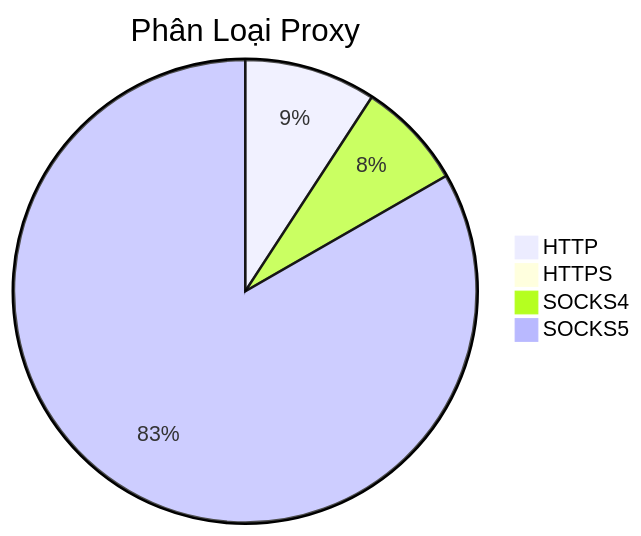
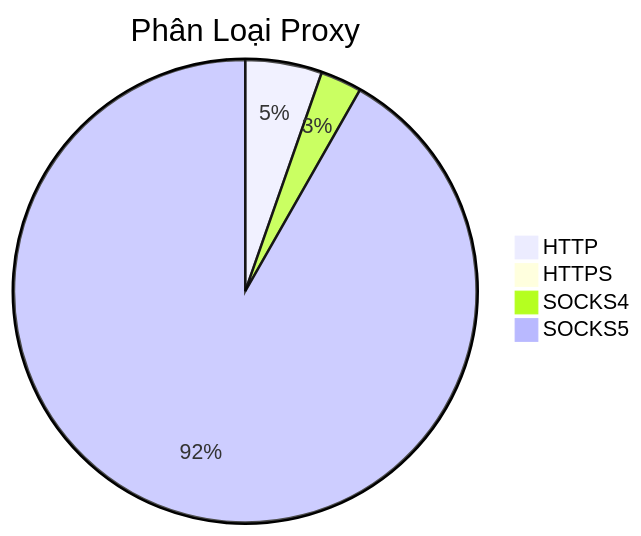
Before and after one commit to Ciara-Aa/PROXY-free: the diagram in README.md, drawn with Mermaid. The commit also changed other lines of this file and 4 other files, not shown here.

````diff
--- a/README.md
+++ b/README.md
@@ -26,7 +26,7 @@
 ```mermaid
 pie title Phân Loại Proxy
-    "HTTP" : 408
+    "HTTP" : 573
     "HTTPS" : 1
-    "SOCKS4" : 333
-    "SOCKS5" : 3695
+    "SOCKS4" : 309
+    "SOCKS5" : 9818
 ```
````
